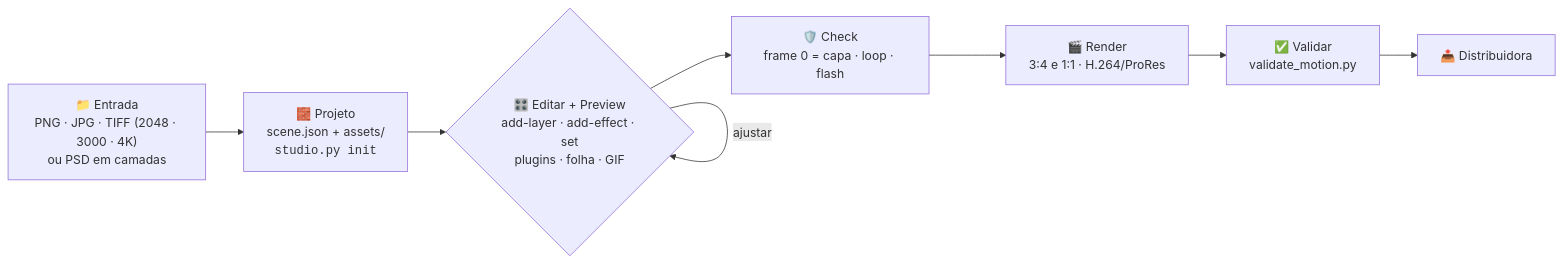
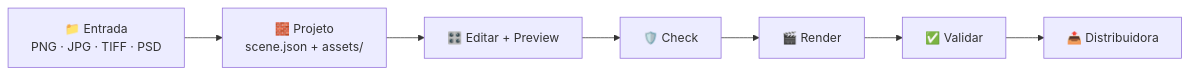
One commit to monkeyinspace-tech/apple-music-album-motion-art changed the diagram in README.md. Above: the diagram before and after it, drawn with Mermaid. The commit also changed other lines of this file and 1 other file, not shown here.

````diff
--- a/README.md
+++ b/README.md
@@ -44,10 +67,9 @@
 ```mermaid
 flowchart LR
-  A["📁 Entrada<br/>PNG · JPG · TIFF (2048 · 3000 · 4K)<br/>ou PSD em camadas"] --> B["🧱 Projeto<br/>scene.json + assets/<br/><code>studio.py init</code>"]
-  B --> C{"🎛️ Editar + Preview<br/>add-layer · add-effect · set<br/>plugins · folha · GIF"}
-  C -->|ajustar| C
-  C --> D["🛡️ Check<br/>frame 0 = capa · loop · flash"]
-  D --> E["🎬 Render<br/>3:4 e 1:1 · H.264/ProRes"]
-  E --> F["✅ Validar<br/>validate_motion.py"]
+  A["📁 Entrada<br/>PNG · JPG · TIFF · PSD"] --> B["🧱 Projeto<br/>scene.json + assets/"]
+  B --> C["🎛️ Editar + Preview"]
+  C --> D["🛡️ Check"]
+  D --> E["🎬 Render"]
+  E --> F["✅ Validar"]
   F --> G["📤 Distribuidora"]
 ```
````
